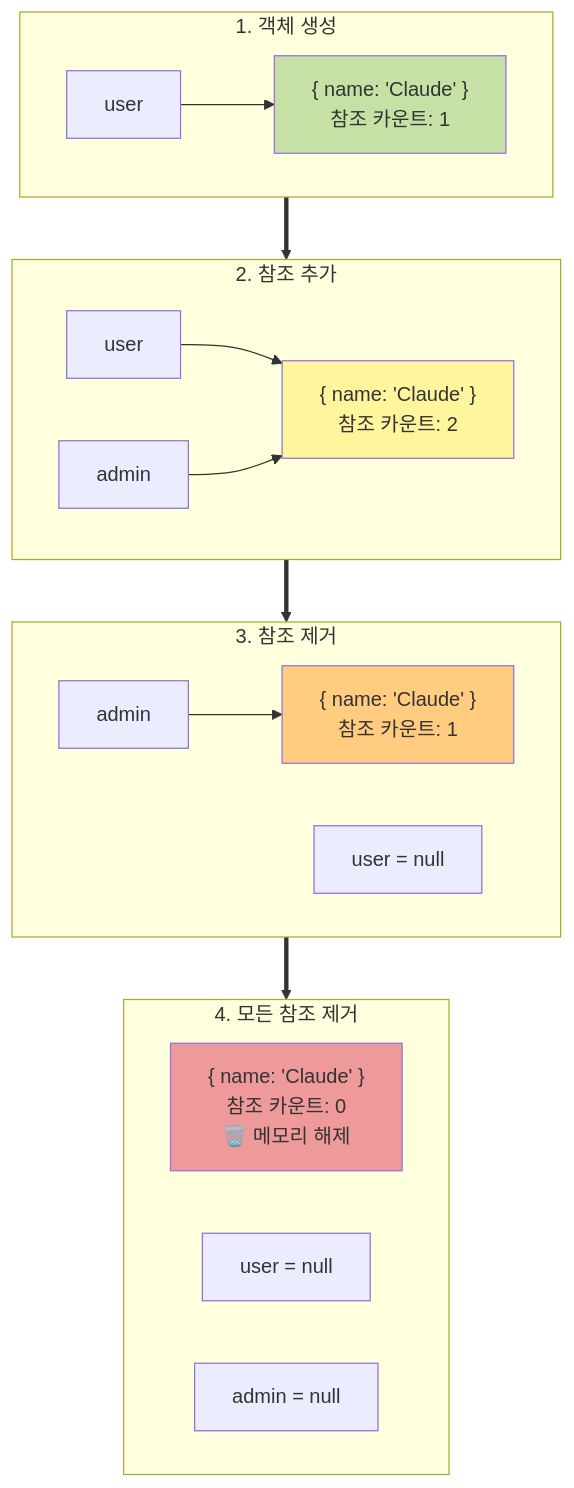
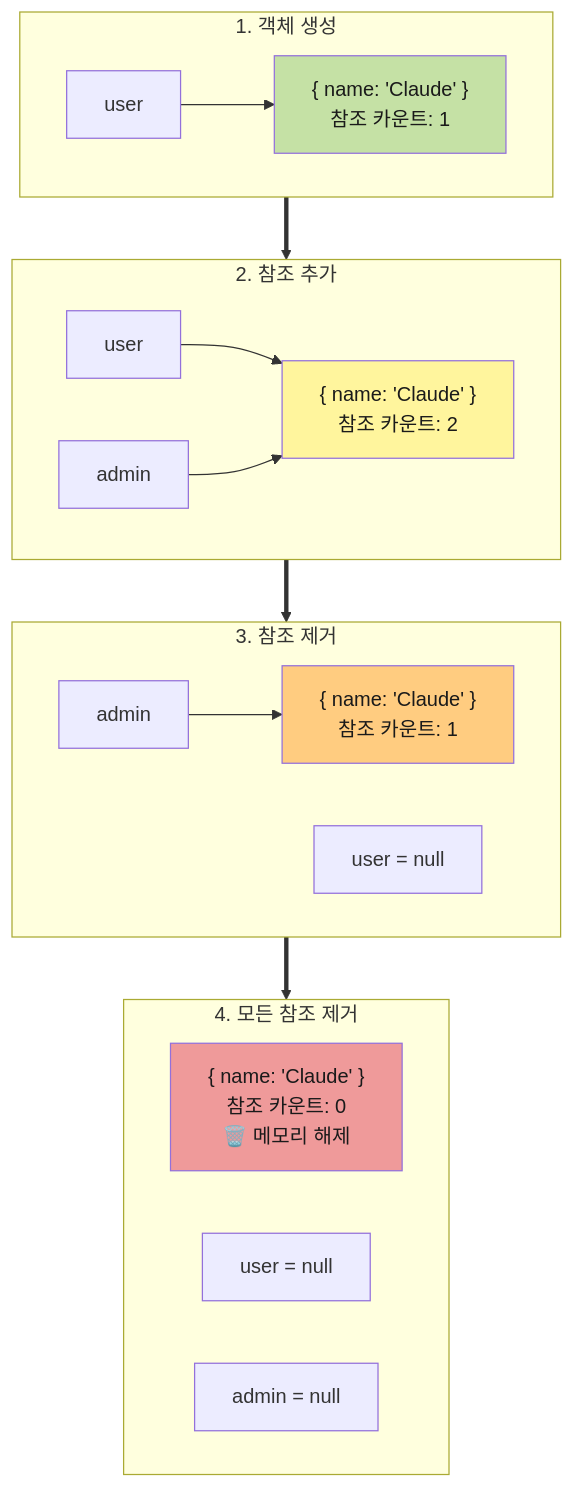
The third of 7 diagrams in apps/devblog/content/posts/garbage-collection.mdx (Cllaude99/cllaude99_labs), drawn with Mermaid before and after one commit. The commit also changed other lines of this file, not shown here.

````diff
--- a/apps/devblog/content/posts/garbage-collection.mdx
+++ b/apps/devblog/content/posts/garbage-collection.mdx
@@ -204,34 +204,34 @@
 ```mermaid
 graph TB
     subgraph Step1["1. 객체 생성"]
         Obj1["{ name: 'Claude' }<br/>참조 카운트: 1"]
         Var1["user"] --> Obj1
     end
 
     subgraph Step2["2. 참조 추가"]
         Obj2["{ name: 'Claude' }<br/>참조 카운트: 2"]
         Var2a["user"] --> Obj2
         Var2b["admin"] --> Obj2
     end
 
     subgraph Step3["3. 참조 제거"]
         Obj3["{ name: 'Claude' }<br/>참조 카운트: 1"]
         Var3a["user = null"]
         Var3b["admin"] --> Obj3
     end
 
     subgraph Step4["4. 모든 참조 제거"]
         Obj4["{ name: 'Claude' }<br/>참조 카운트: 0<br/>🗑️ 메모리 해제"]
         Var4a["user = null"]
         Var4b["admin = null"]
     end
 
     Step1 ==> Step2
     Step2 ==> Step3
     Step3 ==> Step4
 
-    style Obj1 fill:#c5e1a5
-    style Obj2 fill:#fff59d
-    style Obj3 fill:#ffcc80
-    style Obj4 fill:#ef9a9a
+    style Obj1 fill:#c5e1a5,color:#1a1a1a
+    style Obj2 fill:#fff59d,color:#1a1a1a
+    style Obj3 fill:#ffcc80,color:#1a1a1a
+    style Obj4 fill:#ef9a9a,color:#1a1a1a
 ```
````
